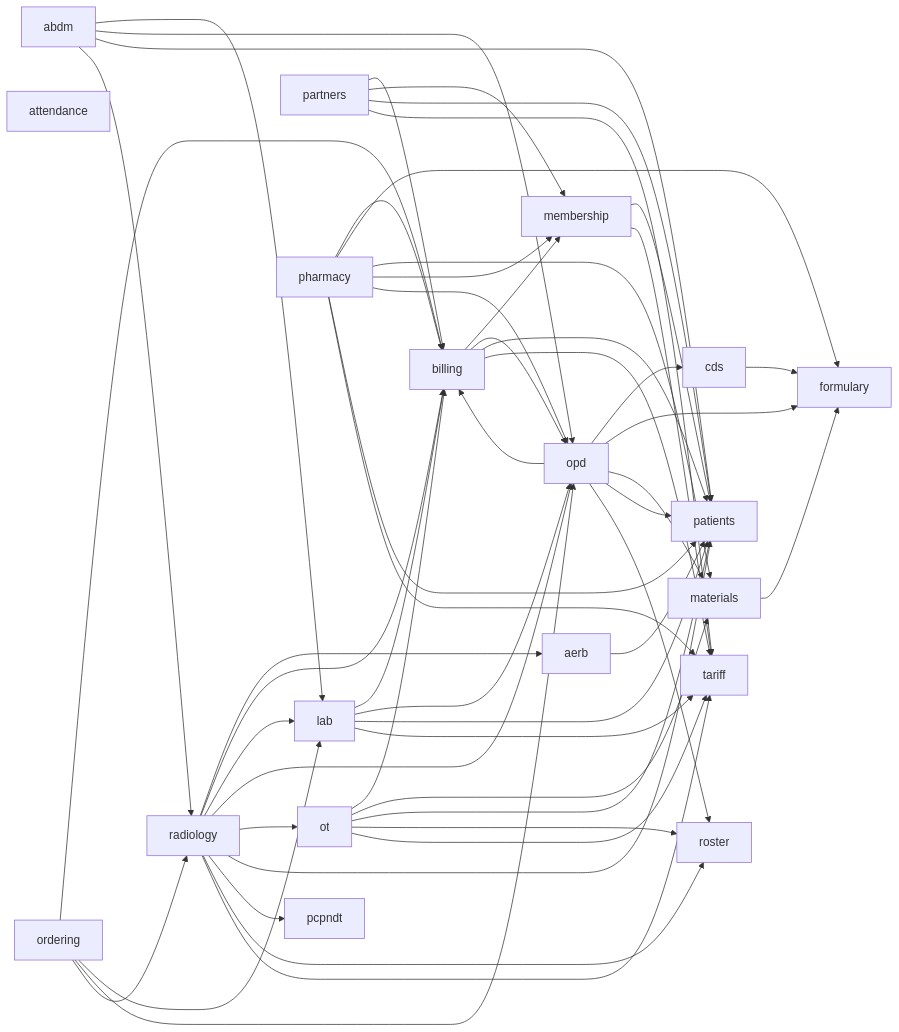
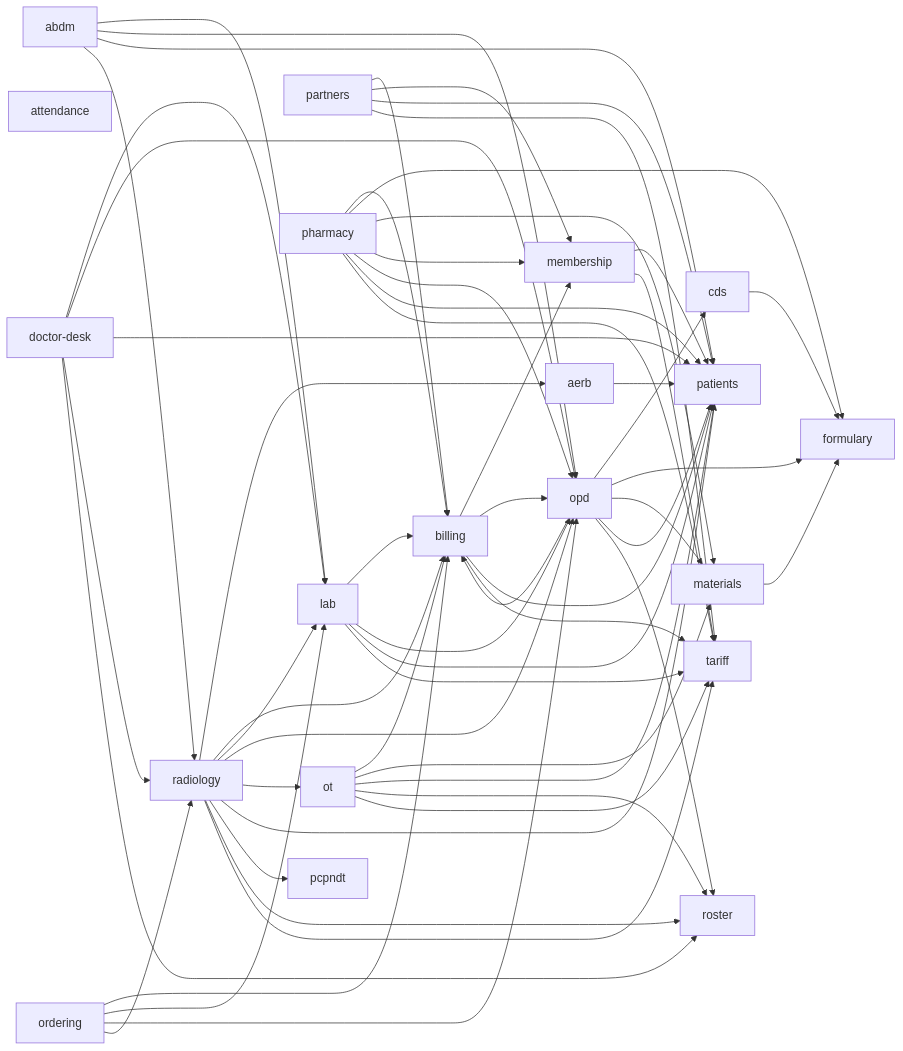
Before and after one commit to ankits3a/hims-hmis: the second of 2 diagrams in docs/architecture/README.md, drawn with Mermaid. The commit also changed other lines of this file and 58 other files, not shown here.

First line of the commit message:
feat(doctor-desk): DD-0 — OPD-day Tower, Clocks Running + nudge, login briefs, AI Briefs (#891)

````diff
--- a/docs/architecture/README.md
+++ b/docs/architecture/README.md
@@ -31,74 +31,80 @@
 ```mermaid
 flowchart LR
   abdm[abdm]
   aerb[aerb]
   attendance[attendance]
   billing[billing]
   cds[cds]
+  doctor_desk[doctor-desk]
   formulary[formulary]
   lab[lab]
   materials[materials]
   membership[membership]
   opd[opd]
   ordering[ordering]
   ot[ot]
   partners[partners]
   patients[patients]
   pcpndt[pcpndt]
   pharmacy[pharmacy]
   radiology[radiology]
   roster[roster]
   tariff[tariff]
   abdm --> lab
   abdm --> opd
   abdm --> patients
   abdm --> radiology
   aerb --> patients
   billing --> membership
   billing --> opd
   billing --> patients
   billing --> tariff
   cds --> formulary
+  doctor_desk --> lab
+  doctor_desk --> opd
+  doctor_desk --> patients
+  doctor_desk --> radiology
+  doctor_desk --> roster
   lab --> billing
   lab --> opd
   lab --> patients
   lab --> tariff
   materials --> formulary
   membership --> patients
   membership --> tariff
   opd --> billing
   opd --> cds
   opd --> formulary
   opd --> materials
   opd --> patients
   opd --> roster
   ordering --> billing
   ordering --> lab
   ordering --> opd
   ordering --> radiology
   ot --> billing
   ot --> materials
   ot --> patients
   ot --> roster
   ot --> tariff
   partners --> billing
   partners --> membership
   partners --> patients
   partners --> tariff
   pharmacy --> billing
   pharmacy --> formulary
   pharmacy --> materials
   pharmacy --> membership
   pharmacy --> opd
   pharmacy --> patients
   pharmacy --> tariff
   radiology --> aerb
   radiology --> billing
   radiology --> lab
   radiology --> opd
   radiology --> ot
   radiology --> patients
   radiology --> pcpndt
   radiology --> roster
   radiology --> tariff
 ```
````
